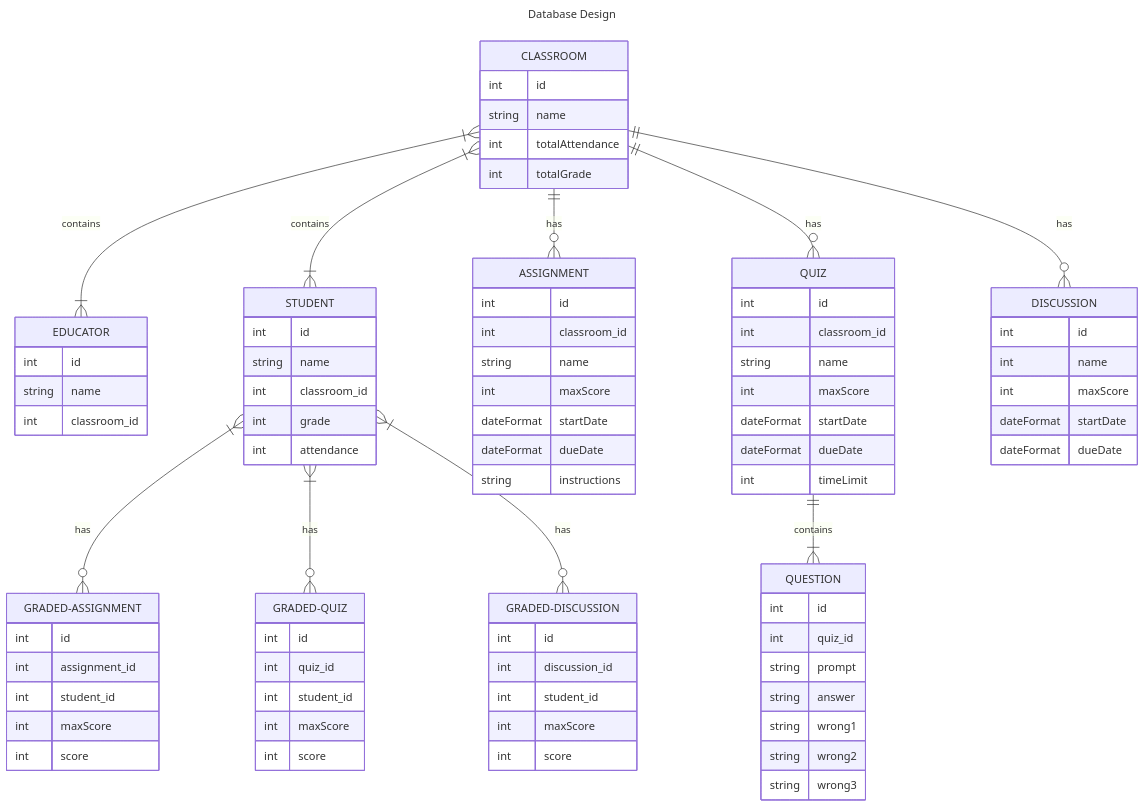
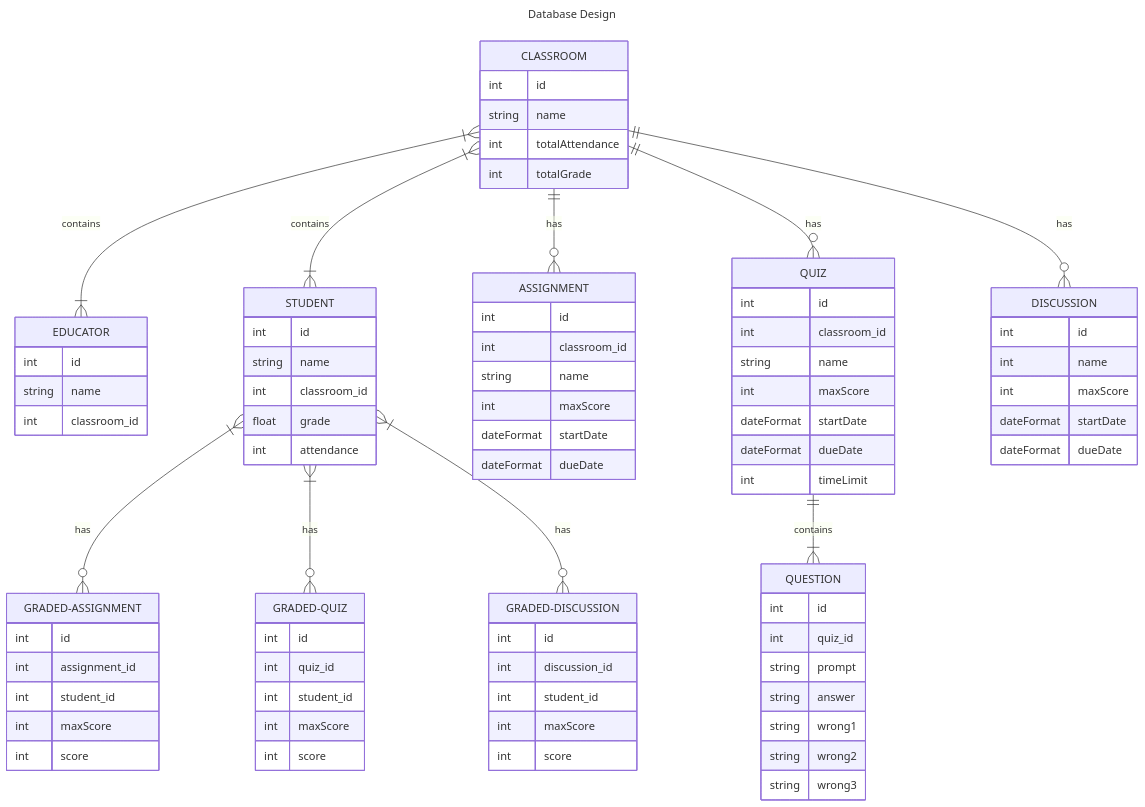
The diagram in documentation/docs/system-architecture/design.md (Capstone-Projects-2023-Spring/project-discord-classroom), drawn with Mermaid before and after one commit. The commit also changed other lines of this file, not shown here.

```diff
--- a/documentation/docs/system-architecture/design.md
+++ b/documentation/docs/system-architecture/design.md
@@ -48,7 +48,7 @@
         int id
         string name
         int classroom_id
-        int grade
+        float grade
         int attendance
     }
     ASSIGNMENT {
@@ -58,7 +58,6 @@
         int maxScore
         dateFormat startDate
         dateFormat dueDate
-        string instructions
     }
     QUIZ {
         int id
```
